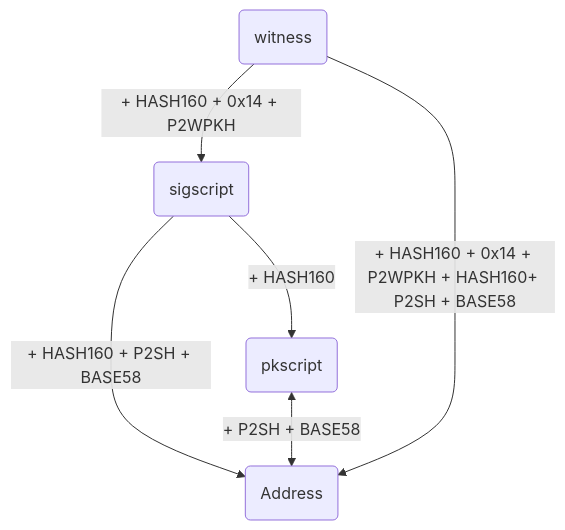
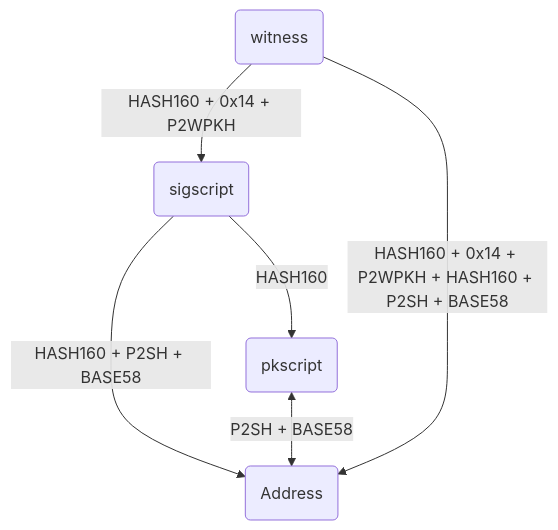
Before and after one commit to oliviertm/BitcoinEcdsa: the third of 3 diagrams in README.md, drawn with Mermaid. The commit also changed other lines of this file, not shown here.

Commit message:
Try to fix incorrect display of mermaid diagrams

````diff
--- a/README.md
+++ b/README.md
@@ -114,8 +114,8 @@
 ```mermaid
 graph TD;
-    S(sigscript)-->|+ HASH160 + P2SH + BASE58| A(Address);
-    S -->|+ HASH160| P(pkscript);
-    P(pkscript)<-->|+ P2SH + BASE58| A
-    W(witness)-->|+ HASH160 + 0x14 + P2WPKH| S;
-    W(witness)-->|+ HASH160 + 0x14 + P2WPKH + HASH160+ P2SH + BASE58| A(Address);
+    S(sigscript)-->|HASH160 + P2SH + BASE58| A(Address);
+    S -->|HASH160| P(pkscript);
+    P(pkscript)<-->|P2SH + BASE58| A
+    W(witness)-->|HASH160 + 0x14 + P2WPKH| S;
+    W(witness)-->|HASH160 + 0x14 + P2WPKH + HASH160 + P2SH + BASE58| A(Address);
 ```
````
